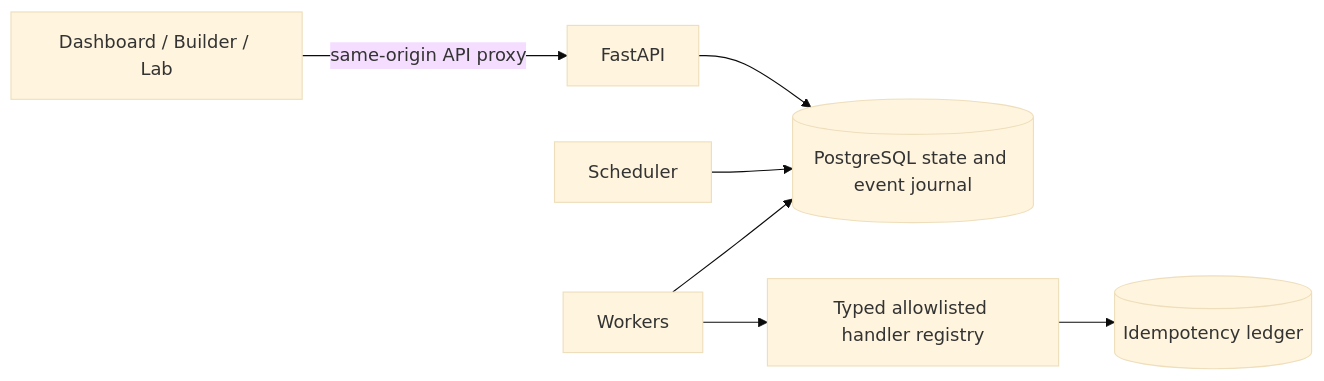
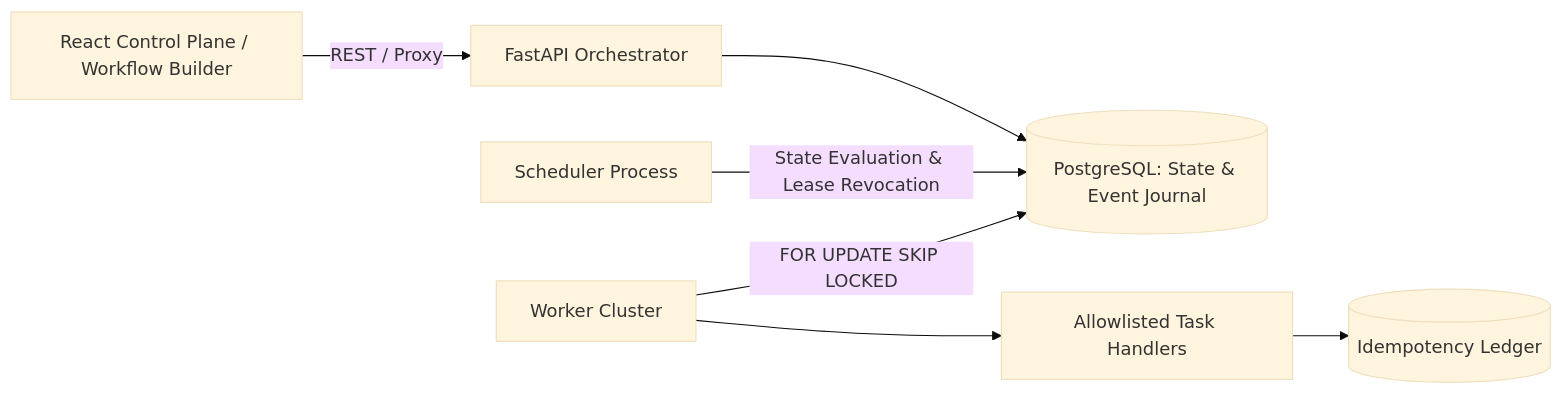
The diagram in README.md (prachi-kCoder/Self-Healing-Workflow-Engine), drawn with Mermaid (base theme) before and after one commit. The commit also changed other lines of this file, not shown here.

````diff
--- a/README.md
+++ b/README.md
@@ -39,9 +19,9 @@
 ```mermaid
 flowchart LR
-  UI[Dashboard / Builder / Lab] -->|same-origin API proxy| API[FastAPI]
-  API --> DB[(PostgreSQL state and event journal)]
-  S[Scheduler] --> DB
-  W[Workers] --> DB
-  W --> H[Typed allowlisted handler registry]
-  H --> L[(Idempotency ledger)]
+    UI[React Control Plane / Workflow Builder] -->|REST / Proxy| API[FastAPI Orchestrator]
+    API --> DB[(PostgreSQL: State & Event Journal)]
+    Scheduler[Scheduler Process] -->|State Evaluation & Lease Revocation| DB
+    Workers[Worker Cluster] -->|FOR UPDATE SKIP LOCKED| DB
+    Workers --> Registry[Allowlisted Task Handlers]
+    Registry --> Ledger[(Idempotency Ledger)]
 ```
````
